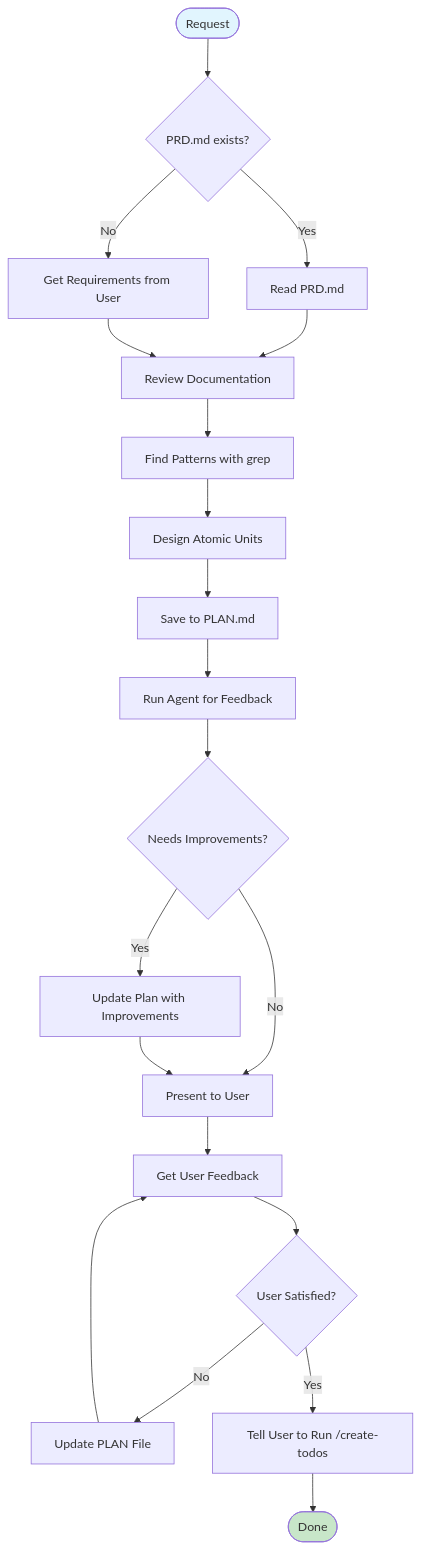
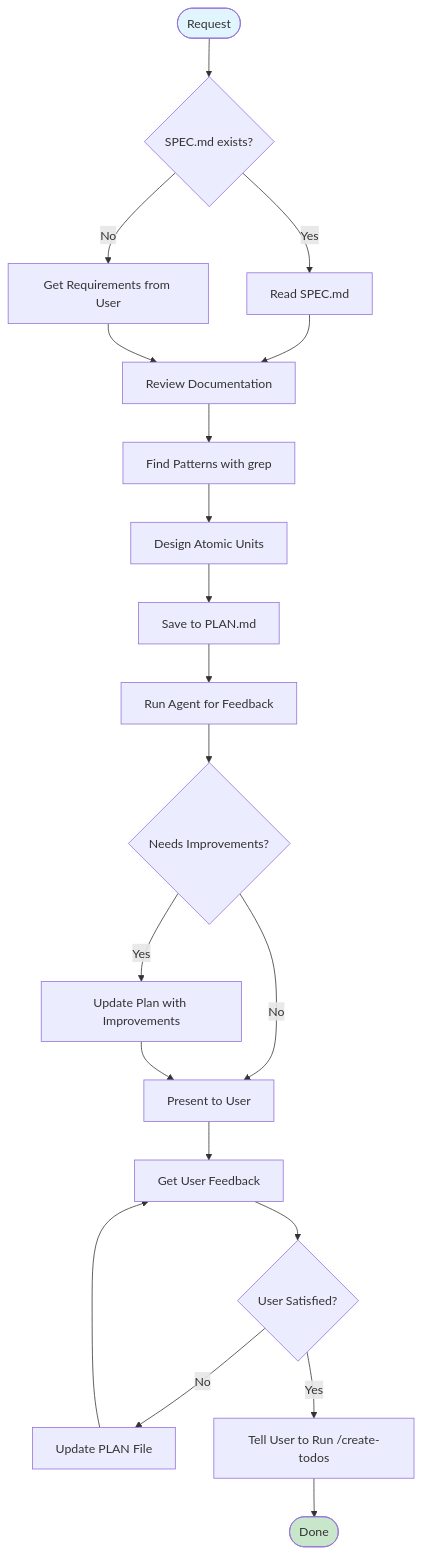
One commit to doodledood/claude-code-workflow changed the diagram in .claude/commands/plan.md. Above: the diagram before and after it, drawn with Mermaid. The commit also changed other lines of this file and 6 other files, not shown here.

````diff
--- a/.claude/commands/plan.md
+++ b/.claude/commands/plan.md
@@ -83,31 +83,31 @@
 ```mermaid
 graph TD
-    Start([Request]) --> CheckPRD{PRD.md exists?}
+    Start([Request]) --> CheckSPEC{SPEC.md exists?}
 
-    CheckPRD -->|Yes| ReadPRD[Read PRD.md]
-    CheckPRD -->|No| GetReqs[Get Requirements from User]
+    CheckSPEC -->|Yes| ReadSPEC[Read SPEC.md]
+    CheckSPEC -->|No| GetReqs[Get Requirements from User]
 
-    ReadPRD --> ReviewDocs[Review Documentation]
+    ReadSPEC --> ReviewDocs[Review Documentation]
     GetReqs --> ReviewDocs
 
     ReviewDocs --> FindPatterns[Find Patterns with grep]
     FindPatterns --> DesignUnits[Design Atomic Units]
 
     DesignUnits --> SavePlan[Save to PLAN.md]
 
     SavePlan --> AutomatedReview[Run Agent for Feedback]
     AutomatedReview --> NeedsFix{Needs Improvements?}
     NeedsFix -->|Yes| ImprovePlan[Update Plan with Improvements]
     NeedsFix -->|No| PresentToUser[Present to User]
     ImprovePlan --> PresentToUser
 
     PresentToUser --> GetFeedback[Get User Feedback]
     GetFeedback --> Approved{User Satisfied?}
     Approved -->|No| UpdatePlan[Update PLAN File]
     UpdatePlan --> GetFeedback
     Approved -->|Yes| TellUser[Tell User to Run /create-todos]
     TellUser --> Done([Done])
 
     style Start fill:#e1f5fe
     style Done fill:#c8e6c9
 ```
````
